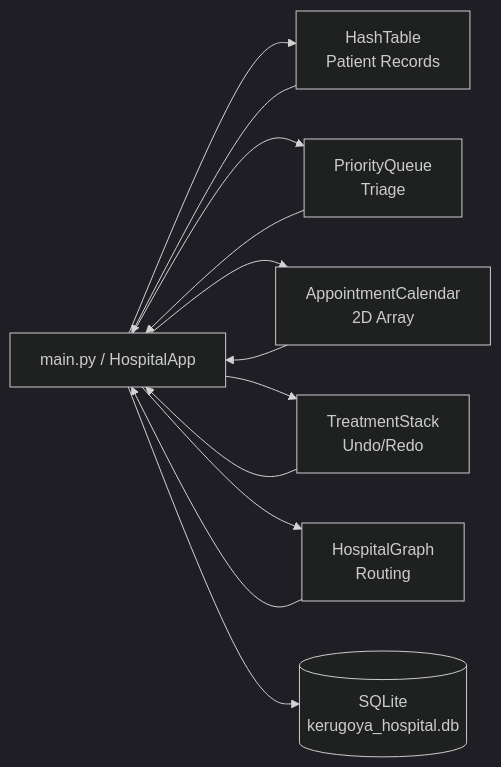
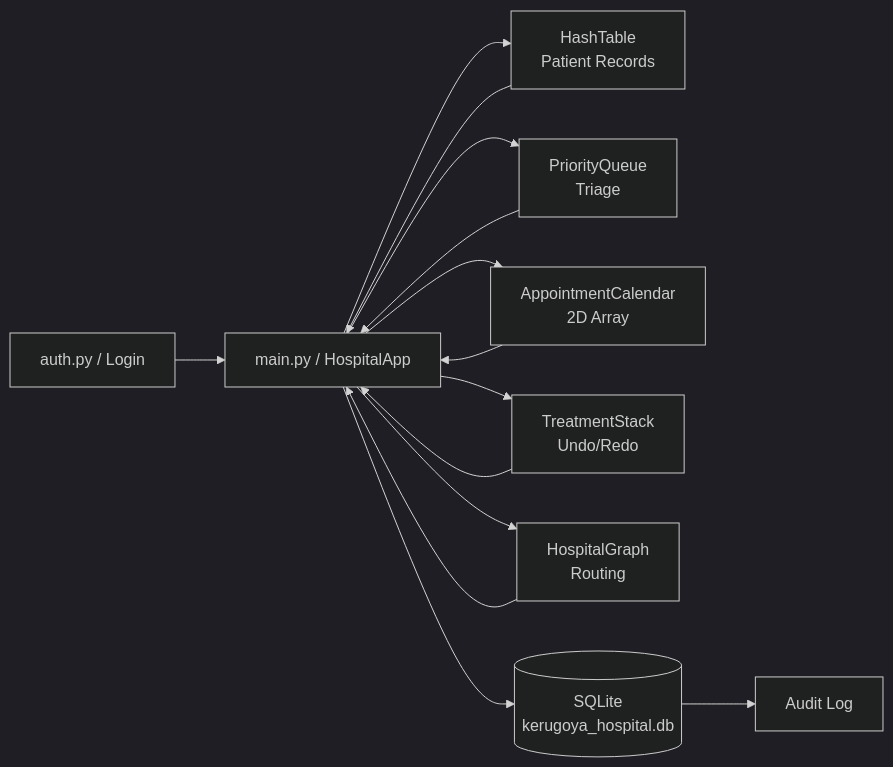
Before and after one commit to jonterob/MediStruct: the first of 2 diagrams in docs/ARCHITECTURE.md, drawn with Mermaid (dark theme). The commit also changed other lines of this file and 10 other files, not shown here.

````diff
--- a/docs/ARCHITECTURE.md
+++ b/docs/ARCHITECTURE.md
@@ -51,15 +62,23 @@
 ```mermaid
 flowchart LR
-	UI[main.py / HospitalApp] --> DS1[HashTable\nPatient Records]
-	UI --> DS2[PriorityQueue\nTriage]
-	UI --> DS3[AppointmentCalendar\n2D Array]
-	UI --> DS4[TreatmentStack\nUndo/Redo]
-	UI --> DS5[HospitalGraph\nRouting]
-	UI --> DB[(SQLite\nkerugoya_hospital.db)]
+	Auth[auth.py / Login] --> UI[main.py / HospitalApp]
+	UI --> DS1[HashTable
+Patient Records]
+	UI --> DS2[PriorityQueue
+Triage]
+	UI --> DS3[AppointmentCalendar
+2D Array]
+	UI --> DS4[TreatmentStack
+Undo/Redo]
+	UI --> DS5[HospitalGraph
+Routing]
+	UI --> DB[(SQLite
+kerugoya_hospital.db)]
+	DB --> Audit[Audit Log]
 
 	DS1 --> UI
 	DS2 --> UI
 	DS3 --> UI
 	DS4 --> UI
 	DS5 --> UI
 ```
````
